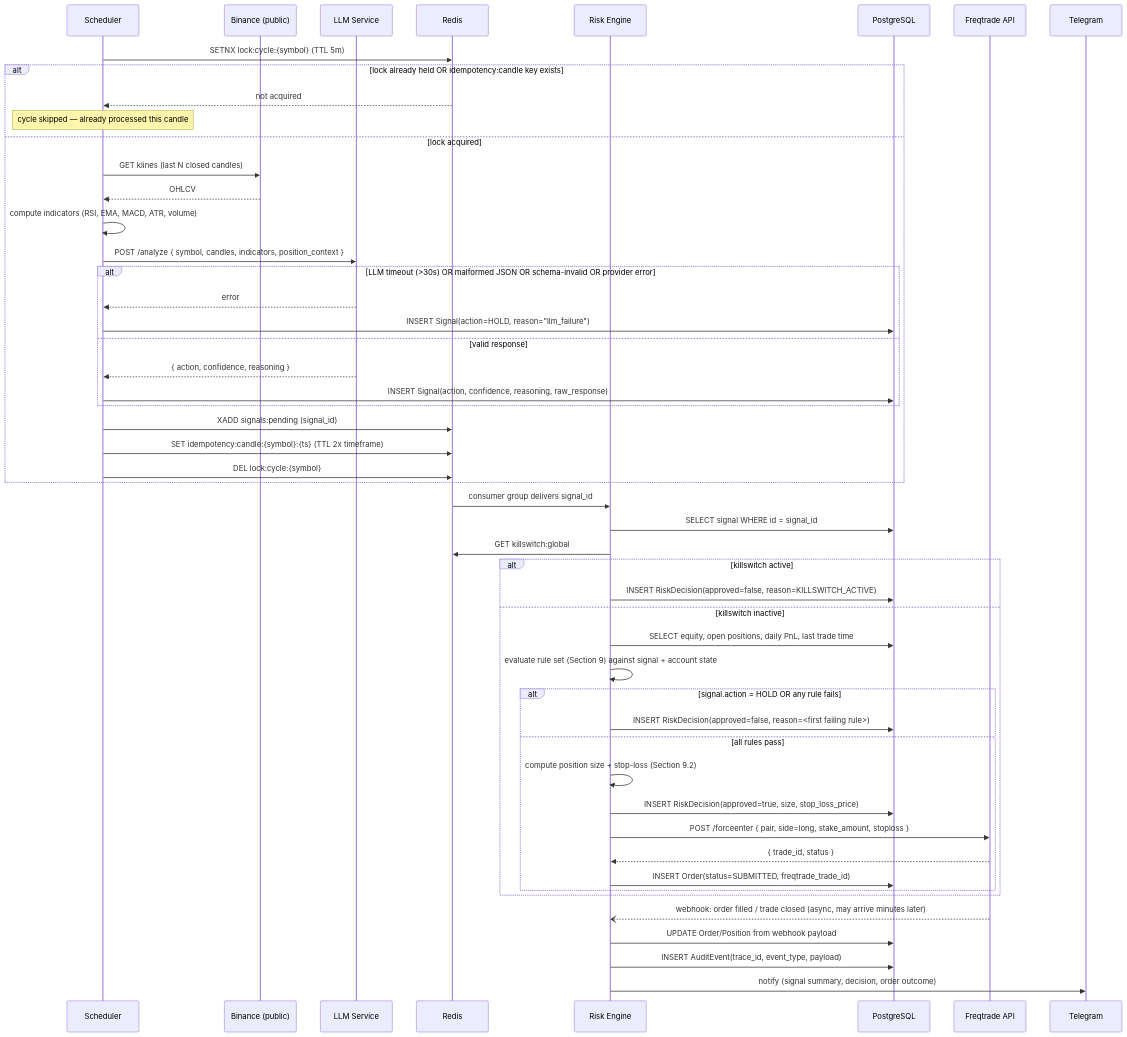
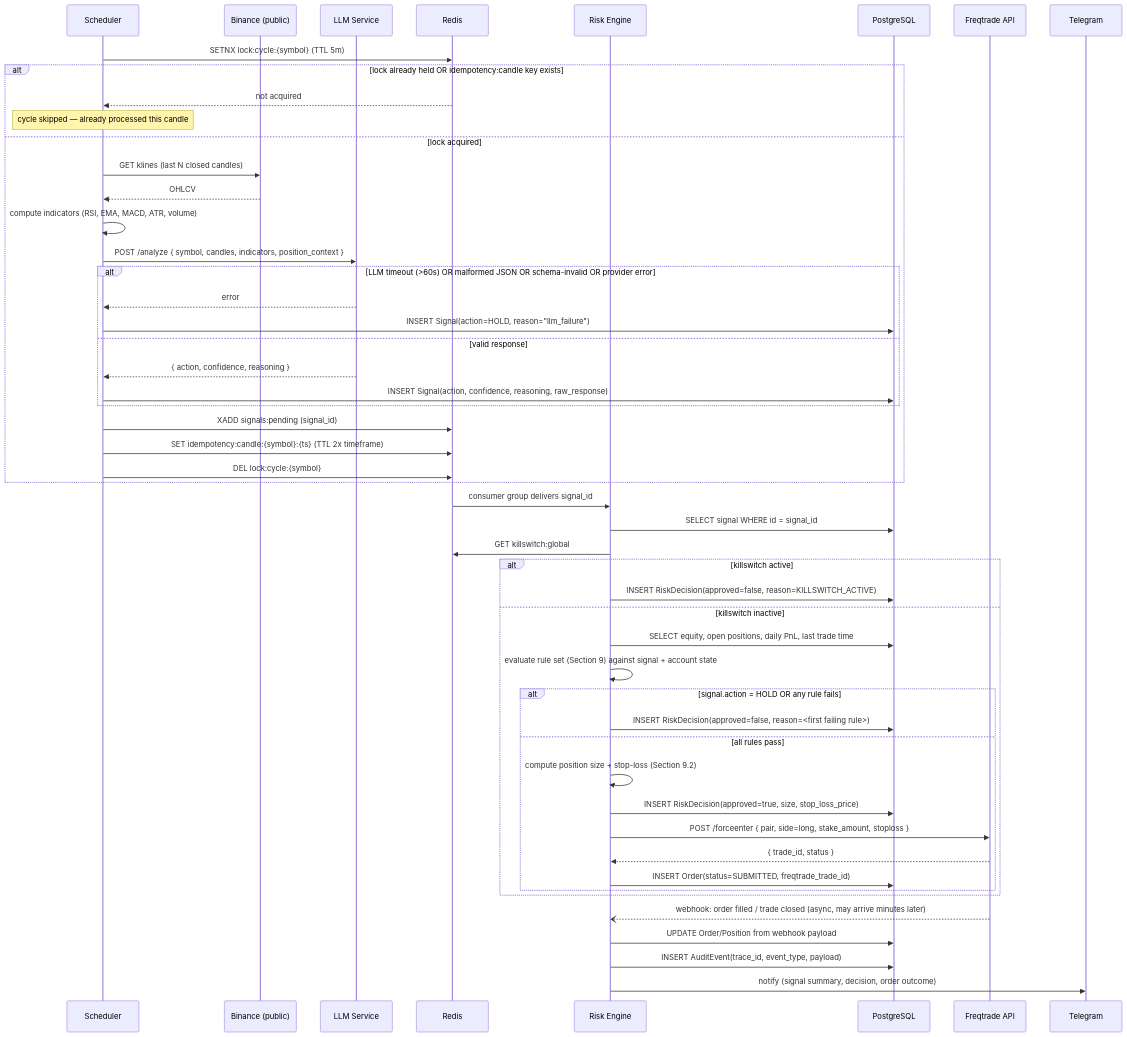
Before and after one commit to quang-ng/TradeMind: the second of 3 diagrams in PROJECT.md, drawn with Mermaid. The commit also changed other lines of this file and 3 other files, not shown here.

First line of the commit message:
fix: raise LLM analyze timeout and balance few-shot examples

````diff
--- a/PROJECT.md
+++ b/PROJECT.md
@@ -166,60 +166,60 @@
 ```mermaid
 sequenceDiagram
     participant SCH as Scheduler
     participant BIN as Binance (public)
     participant LLM as LLM Service
     participant RED as Redis
     participant RE as Risk Engine
     participant PG as PostgreSQL
     participant FT as Freqtrade API
     participant TG as Telegram
 
     SCH->>RED: SETNX lock:cycle:{symbol} (TTL 5m)
     alt lock already held OR idempotency:candle key exists
         RED-->>SCH: not acquired
         Note over SCH: cycle skipped — already processed this candle
     else lock acquired
         SCH->>BIN: GET klines (last N closed candles)
         BIN-->>SCH: OHLCV
         SCH->>SCH: compute indicators (RSI, EMA, MACD, ATR, volume)
         SCH->>LLM: POST /analyze { symbol, candles, indicators, position_context }
 
-        alt LLM timeout (>30s) OR malformed JSON OR schema-invalid OR provider error
+        alt LLM timeout (>60s) OR malformed JSON OR schema-invalid OR provider error
             LLM-->>SCH: error
             SCH->>PG: INSERT Signal(action=HOLD, reason="llm_failure")
         else valid response
             LLM-->>SCH: { action, confidence, reasoning }
             SCH->>PG: INSERT Signal(action, confidence, reasoning, raw_response)
         end
 
         SCH->>RED: XADD signals:pending (signal_id)
         SCH->>RED: SET idempotency:candle:{symbol}:{ts} (TTL 2x timeframe)
         SCH->>RED: DEL lock:cycle:{symbol}
     end
 
     RED->>RE: consumer group delivers signal_id
     RE->>PG: SELECT signal WHERE id = signal_id
     RE->>RED: GET killswitch:global
 
     alt killswitch active
         RE->>PG: INSERT RiskDecision(approved=false, reason=KILLSWITCH_ACTIVE)
     else killswitch inactive
         RE->>PG: SELECT equity, open positions, daily PnL, last trade time
         RE->>RE: evaluate rule set (Section 9) against signal + account state
 
         alt signal.action = HOLD OR any rule fails
             RE->>PG: INSERT RiskDecision(approved=false, reason=<first failing rule>)
         else all rules pass
             RE->>RE: compute position size + stop-loss (Section 9.2)
             RE->>PG: INSERT RiskDecision(approved=true, size, stop_loss_price)
             RE->>FT: POST /forceenter { pair, side=long, stake_amount, stoploss }
             FT-->>RE: { trade_id, status }
             RE->>PG: INSERT Order(status=SUBMITTED, freqtrade_trade_id)
         end
     end
 
     FT--)RE: webhook: order filled / trade closed (async, may arrive minutes later)
     RE->>PG: UPDATE Order/Position from webhook payload
     RE->>PG: INSERT AuditEvent(trace_id, event_type, payload)
     RE->>TG: notify (signal summary, decision, order outcome)
 ```
````
